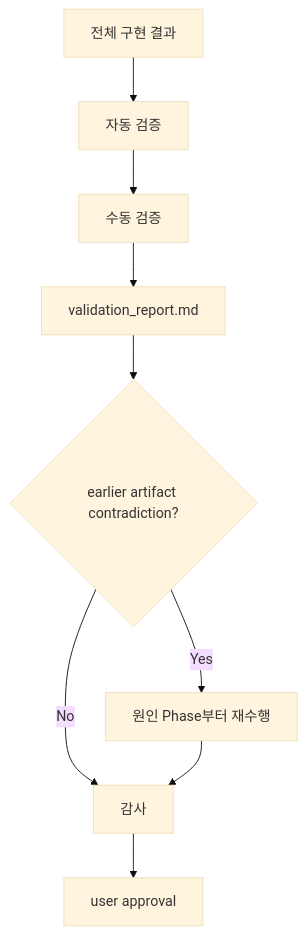
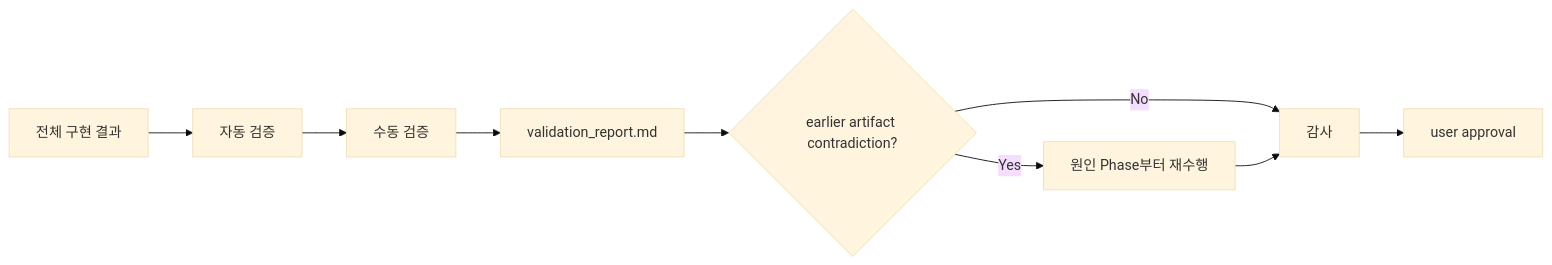
The seventh of 8 diagrams in docs/downstream_harness_flow.md (JisungValue/harness-kit), drawn with Mermaid (base theme) before and after one commit.

Commit message:
make validation flow chart horizontal

````diff
--- a/docs/downstream_harness_flow.md
+++ b/docs/downstream_harness_flow.md
@@ -132,11 +132,11 @@
 ```mermaid
-flowchart TD
+flowchart LR
     A[전체 구현 결과] --> B[자동 검증]
     B --> C[수동 검증]
     C --> D[validation_report.md]
     D --> E{earlier artifact contradiction?}
     E -->|Yes| F[원인 Phase부터 재수행]
     E -->|No| G[감사]
     F --> G
     G --> H[user approval]
 ```
````
